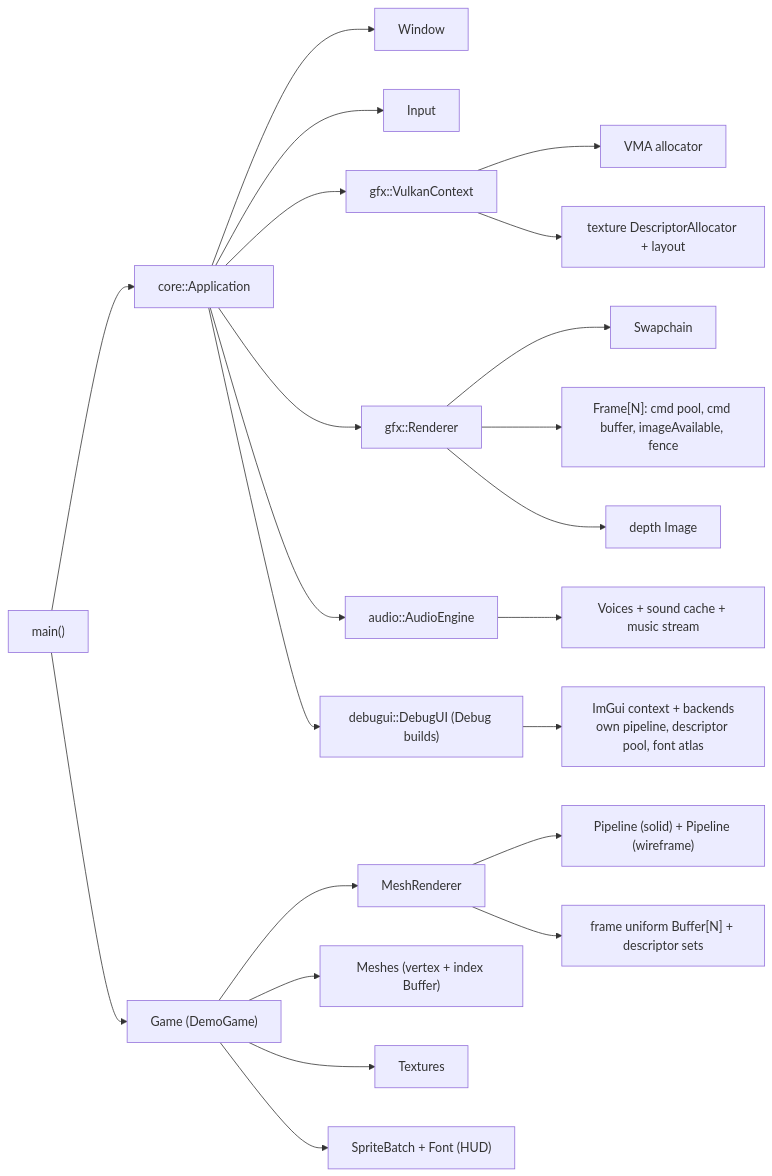
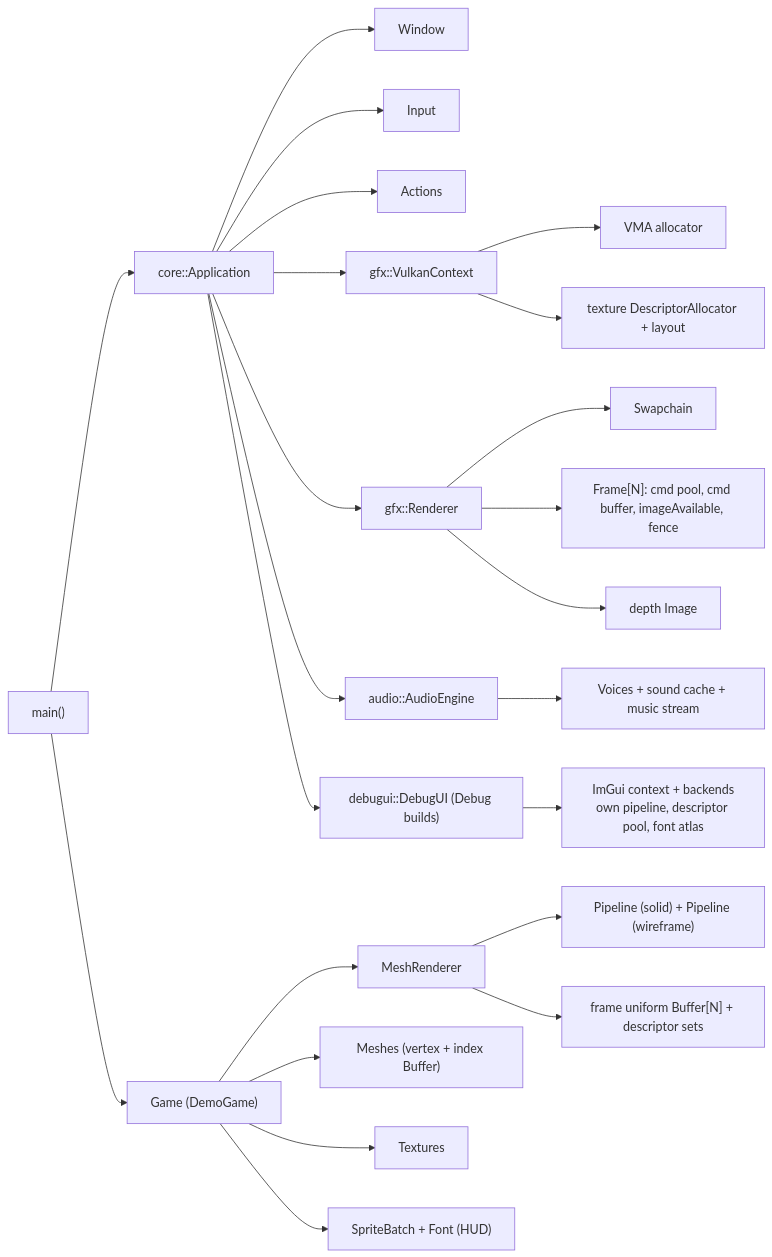
The fourth of 10 diagrams in docs/ARCHITECTURE.md (Chuck5ta/3DBaseFramework), drawn with Mermaid before and after one commit. The commit also changed other lines of this file and 7 other files, not shown here.

````diff
--- a/docs/ARCHITECTURE.md
+++ b/docs/ARCHITECTURE.md
@@ -425,24 +448,25 @@
 ```mermaid
 flowchart LR
     main["main()"] --> app["core::Application"]
     main --> g["Game (DemoGame)"]
     app --> win["Window"]
     app --> inp["Input"]
+    app --> act["Actions"]
     app --> ctx["gfx::VulkanContext"]
     app --> ren["gfx::Renderer"]
     app --> aud["audio::AudioEngine"]
     app --> dbg["debugui::DebugUI (Debug builds)"]
     dbg --> imgui["ImGui context + backends<br/>own pipeline, descriptor pool, font atlas"]
     aud --> voices["Voices + sound cache + music stream"]
     ren --> sc["Swapchain"]
     ren --> fr["Frame[N]: cmd pool, cmd buffer, imageAvailable, fence"]
     ctx --> vma["VMA allocator"]
     ctx --> tds["texture DescriptorAllocator + layout"]
     ren --> depth["depth Image"]
     g --> mr["MeshRenderer"]
     g --> meshes["Meshes (vertex + index Buffer)"]
     g --> tex["Textures"]
     g --> hud["SpriteBatch + Font (HUD)"]
     mr --> pipe["Pipeline (solid) + Pipeline (wireframe)"]
     mr --> ubo["frame uniform Buffer[N] + descriptor sets"]
 ```
````
